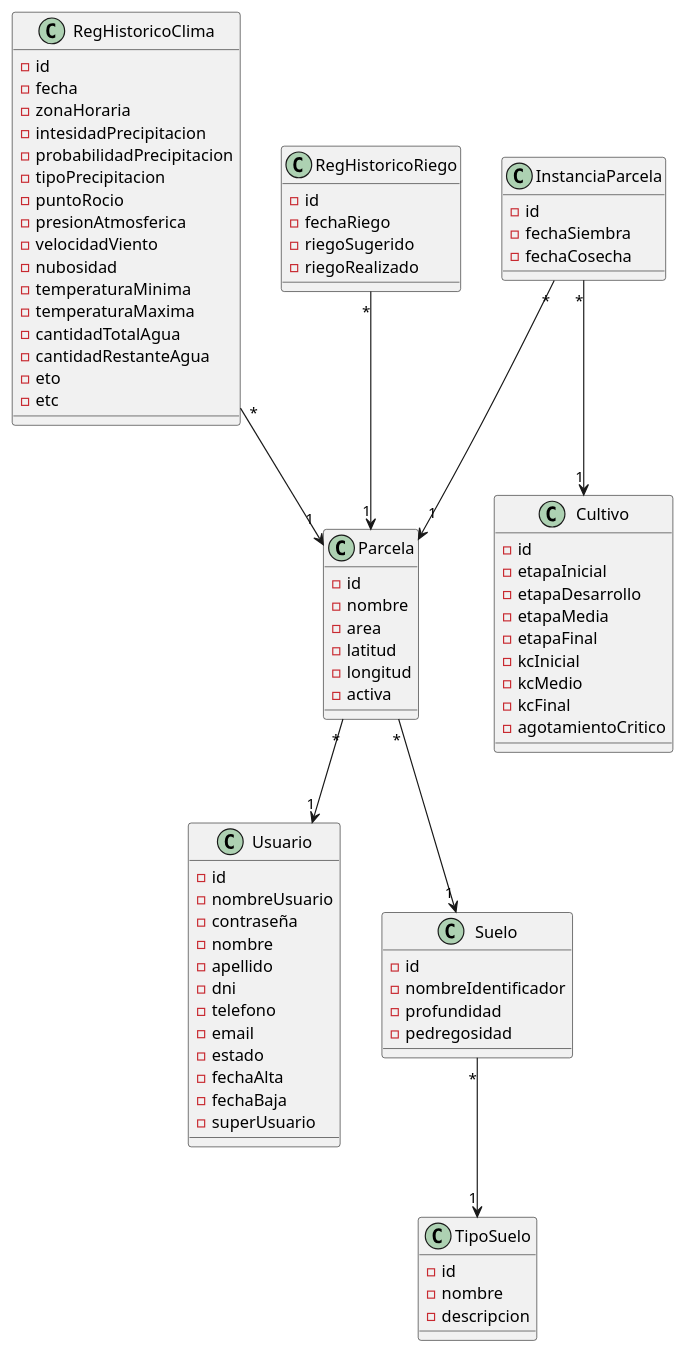
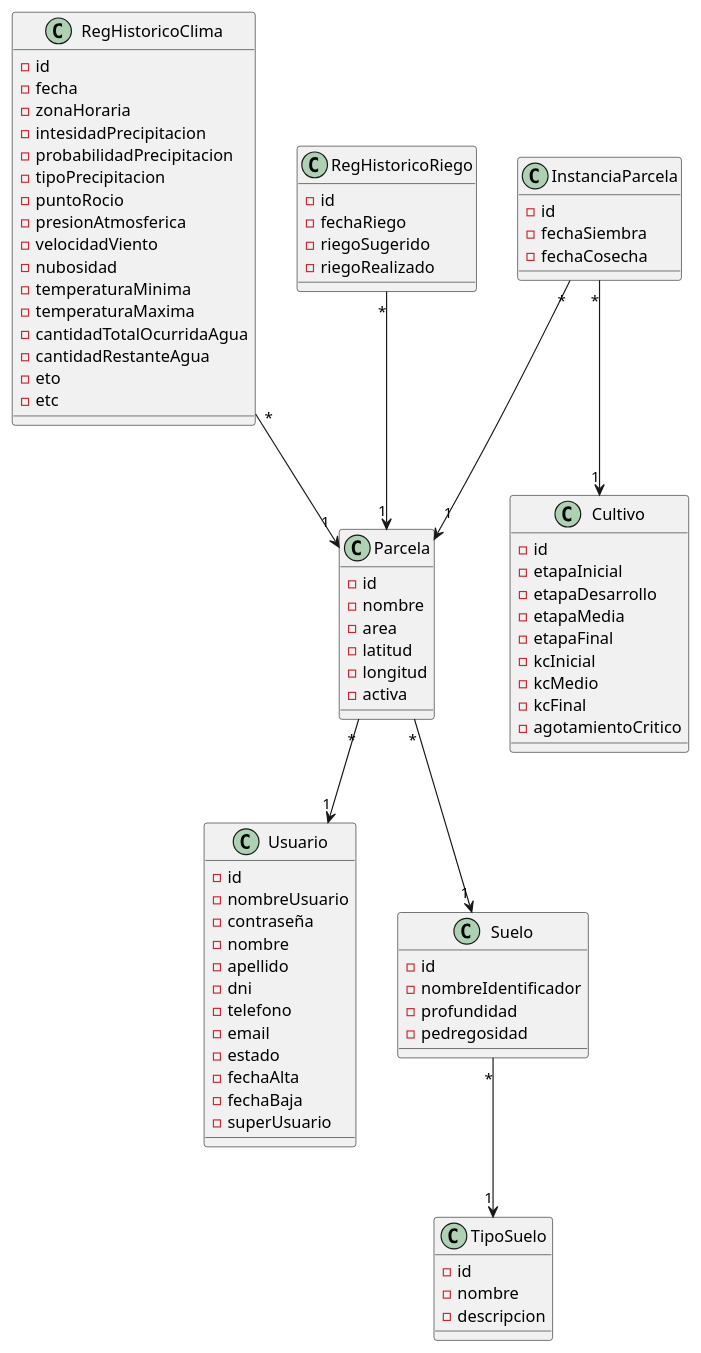
The diagram in Modelo de dominio/Modelo de dominio.pu (FacuDeveloper/Sistema-de-riego), drawn with PlantUML before and after one commit. The commit also changed 1 other file, not shown here.

```diff
--- a/Modelo de dominio/Modelo de dominio.pu
+++ b/Modelo de dominio/Modelo de dominio.pu
@@ -1,92 +1,92 @@
 @startuml
 
 Parcela "*"-->"1" Usuario
 Parcela "*"-->"1" Suelo
 RegHistoricoClima "*"-->"1" Parcela
 RegHistoricoRiego "*"-->"1" Parcela
 InstanciaParcela "*"-->"1" Parcela
 InstanciaParcela "*"-->"1" Cultivo
 Suelo "*"-->"1" TipoSuelo
 
 class Parcela {
 -id
 -nombre
 -area
 -latitud
 -longitud
 -activa
 }
 
 class Suelo {
 -id
 -nombreIdentificador
 -profundidad
 -pedregosidad
 }
 
 class Cultivo {
 -id
 -etapaInicial
 -etapaDesarrollo
 -etapaMedia
 -etapaFinal
 -kcInicial
 -kcMedio
 -kcFinal
 -agotamientoCritico
 }
 
 class TipoSuelo {
 -id
 -nombre
 -descripcion
 }
 
 class RegHistoricoClima {
 -id
 -fecha
 -zonaHoraria
 -intesidadPrecipitacion
 -probabilidadPrecipitacion
 -tipoPrecipitacion
 -puntoRocio
 -presionAtmosferica
 -velocidadViento
 -nubosidad
 -temperaturaMinima
 -temperaturaMaxima
--cantidadTotalAgua
+-cantidadTotalOcurridaAgua
 -cantidadRestanteAgua
 -eto
 -etc
 }
 
 class InstanciaParcela {
 -id
 -fechaSiembra
 -fechaCosecha
 }
 
 class RegHistoricoRiego {
 -id
 -fechaRiego
 -riegoSugerido
 -riegoRealizado
 }
 
 class Usuario {
 -id
 -nombreUsuario
 -contraseña
 -nombre
 -apellido
 -dni
 -telefono
 -email
 -estado
 -fechaAlta
 -fechaBaja
 -superUsuario
 }
 
 @enduml
```
